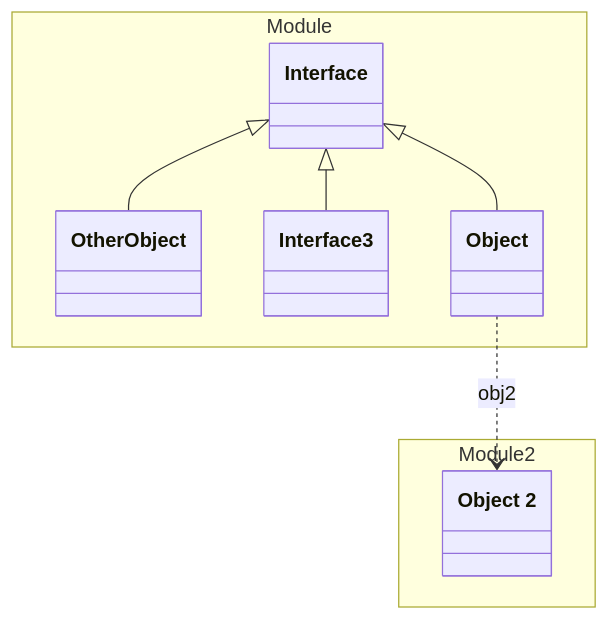
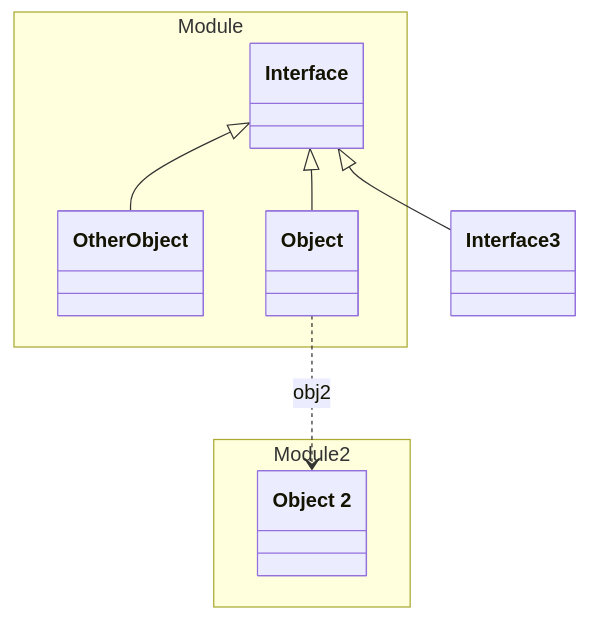
One commit to lizzyTheLizard/domain-schema-documentation changed the diagram in tests/java/expected/Module/README.md. Above: the diagram before and after it, drawn with Mermaid. The commit also changed other lines of this file and 93 other files, not shown here.

````diff
--- a/tests/java/expected/Module/README.md
+++ b/tests/java/expected/Module/README.md
@@ -6,21 +7,19 @@
 ```mermaid
 classDiagram
 namespace Module {
   class _Module_Interface_yaml["Interface"]
   class OtherObject["OtherObject"]
-  class Interface3["Interface3"]
   class _Module_Object_yaml["Object"]
 }
 namespace Module 2 {
   class _Module2_Object2_yaml["Object 2"]
 }
 _Module_Interface_yaml <|-- _Module_Object_yaml 
 _Module_Interface_yaml <|-- OtherObject 
 _Module_Interface_yaml <|-- Interface3 
 _Module_Object_yaml ..> _Module2_Object2_yaml :obj2
 click _Module_Interface_yaml href "./Interface.yaml.html" "Interface"
 click OtherObject href "./Interface.yaml.html" "Interface"
-click Interface3 href "./Interface.yaml.html" "Interface"
 click _Module_Object_yaml href "./Object.yaml.html" "Object"
 click _Module2_Object2_yaml href "../Module2/Object2.yaml.html" "Object 2"
 ```
````
